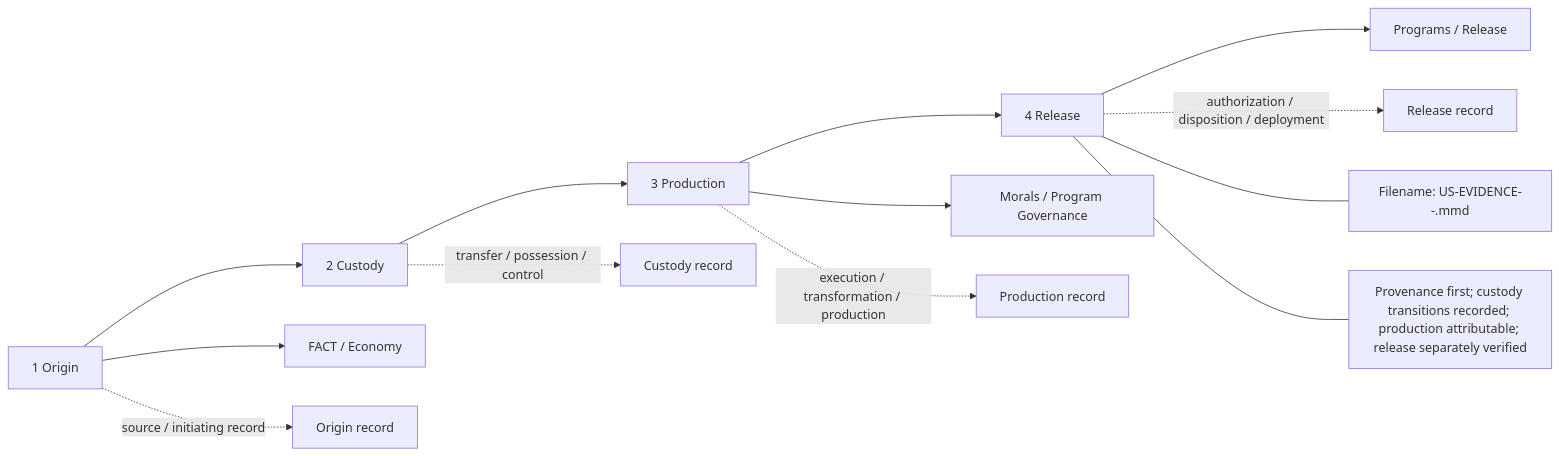
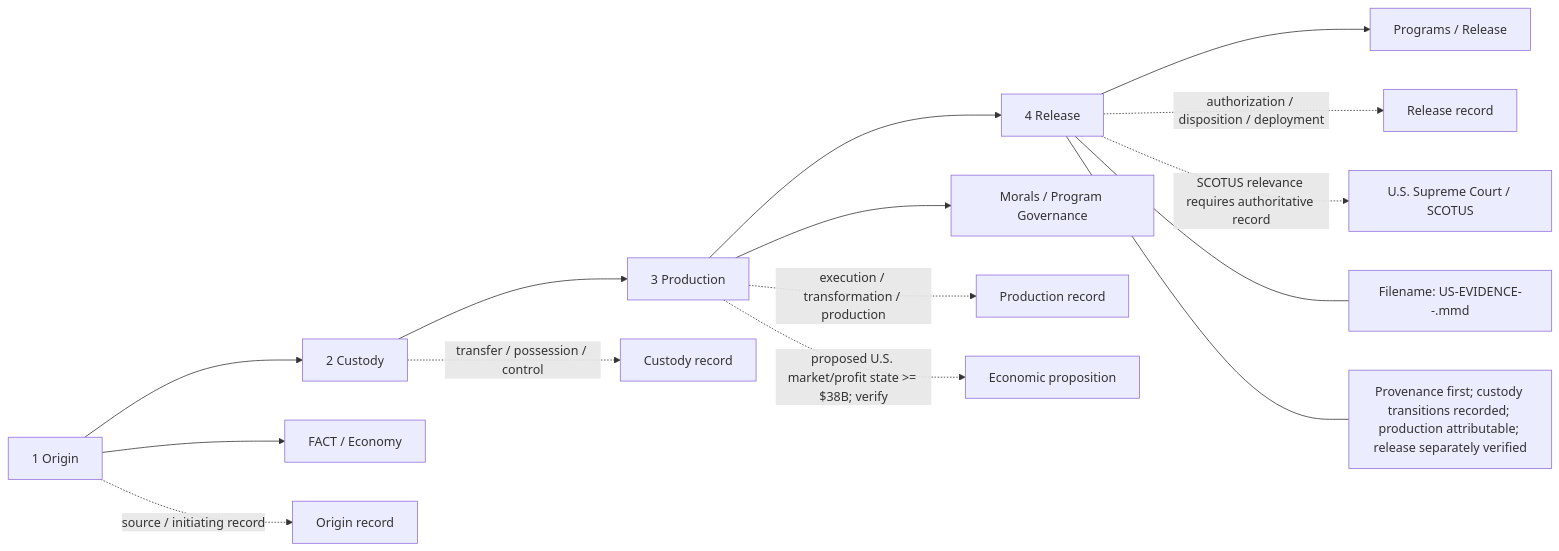
Before and after one commit to mearvk/Java.Web.Server.Telnet.Front.Java.21: the diagram in evidence/US-EVIDENCE-README.mmd, drawn with Mermaid. The commit also changed other lines of this file, not shown here.

Commit message:
Add proposed $38B US market-economy statement to 1-2-3-4 heading section

````diff
--- a/evidence/US-EVIDENCE-README.mmd
+++ b/evidence/US-EVIDENCE-README.mmd
@@ -34,15 +42,15 @@
 ```mermaid
 flowchart LR
     E1["1 Origin"] --> E2["2 Custody"] --> E3["3 Production"] --> E4["4 Release"]
     E1 --> F["FACT / Economy"]
     E3 --> M["Morals / Program Governance"]
     E4 --> P["Programs / Release"]
-
     E1 -. "source / initiating record" .-> O["Origin record"]
     E2 -. "transfer / possession / control" .-> C["Custody record"]
     E3 -. "execution / transformation / production" .-> PR["Production record"]
     E4 -. "authorization / disposition / deployment" .-> RL["Release record"]
-
+    E3 -. "proposed U.S. market/profit state >= $38B; verify" .-> ECON["Economic proposition"]
+    E4 -. "SCOTUS relevance requires authoritative record" .-> SCOTUS["U.S. Supreme Court / SCOTUS"]
     E4 --- S["Filename: US-EVIDENCE-<stage>-<identifier>.mmd"]
     E4 --- R["Provenance first; custody transitions recorded; production attributable; release separately verified"]
 ```
````
